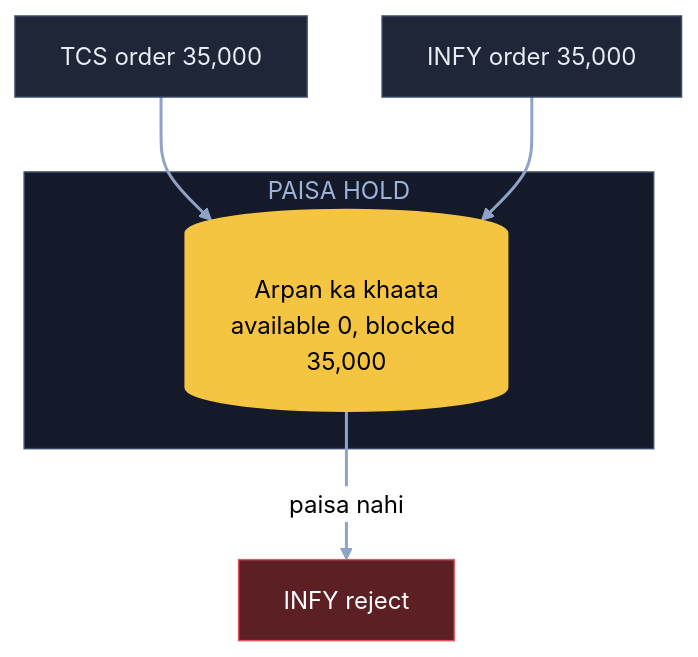
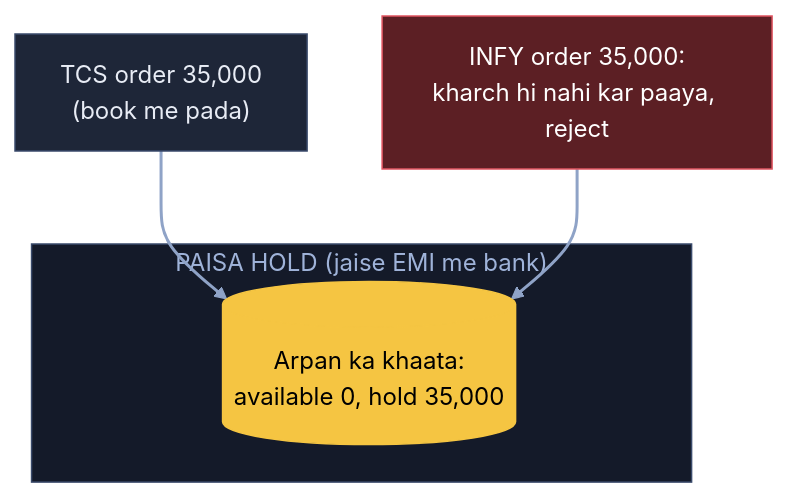
One commit to ArpanMaheshwari144/Prep changed the third of 9 diagrams in 04_HLD/SYSTEM_DESIGNS/05_stock_broker_trading/05_stock_broker_trading.md. Above: the diagram before and after it, drawn with Mermaid (neutral theme). The commit also changed other lines of this file, not shown here.

Commit message:
Stock: 9 diagram hand notes ke shabdon se; K8 'chhota ladka' aur K3 apni jodi line hatai

````diff
--- a/04_HLD/SYSTEM_DESIGNS/05_stock_broker_trading/05_stock_broker_trading.md
+++ b/04_HLD/SYSTEM_DESIGNS/05_stock_broker_trading/05_stock_broker_trading.md
@@ -97,18 +95,16 @@
 ```mermaid
 flowchart TB
-    O["TCS order 35,000"]:::card
-    I["INFY order 35,000"]:::card
-    subgraph KH["PAISA HOLD"]
-        W[("Arpan ka khaata<br/>available 0, blocked 35,000")]:::pill
+    T["TCS order 35,000<br/>(book me pada)"]:::card
+    subgraph HO["PAISA HOLD (jaise EMI me bank)"]
+        W[("Arpan ka khaata:<br/>available 0, hold 35,000")]:::pill
     end
-    X["INFY reject"]:::bad
-    O --> W
+    I["INFY order 35,000:<br/>kharch hi nahi kar paaya, reject"]:::bad
+    T --> W
     I --> W
-    W -- "paisa nahi" --> X
     linkStyle default stroke:#8fa3c7,stroke-width:2px
     classDef card fill:#1e2638,stroke:#3a4a6b,color:#e8ecf5
     classDef pill fill:#f5c542,stroke:#f5c542,color:#000
     classDef good fill:#2e7d4f,stroke:#3fbf6f,color:#fff
     classDef bad fill:#5c1f24,stroke:#e05561,color:#fff
-    style KH fill:#141a29,stroke:#3a4a6b,color:#9fb3d9
+    style HO fill:#141a29,stroke:#3a4a6b,color:#9fb3d9
 ```
````
